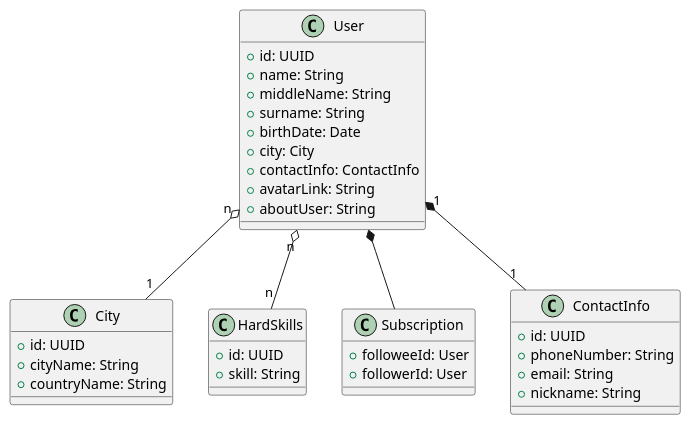
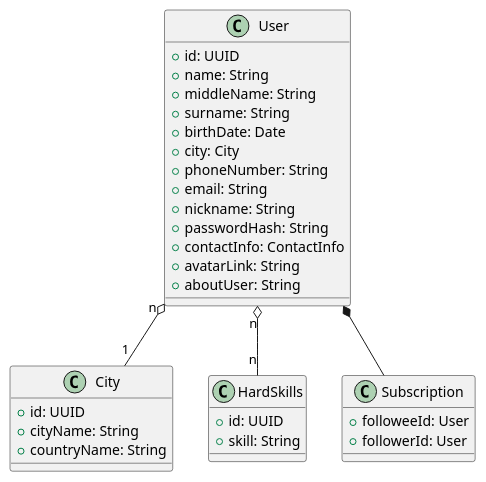
Before and after one commit to soffsem/microservices: the diagram in domainModel/DomainModel.plantuml, drawn with PlantUML. The commit also changed 1 other file, not shown here.

```diff
--- a/domainModel/DomainModel.plantuml
+++ b/domainModel/DomainModel.plantuml
@@ -1,41 +1,37 @@
 @startuml
 class User {
  +id: UUID
  +name: String
  +middleName: String
  +surname: String
  +birthDate: Date
  +city: City
+ +phoneNumber: String
+ +email: String
+ +nickname: String
+ +passwordHash: String
  +contactInfo: ContactInfo
  +avatarLink: String
  +aboutUser: String
 }
 
 class City {
  +id: UUID
  +cityName: String
  +countryName: String
 }
 
 class HardSkills {
  +id: UUID
  +skill: String
 }
 
 class Subscription {
  +followeeId: User
  +followerId: User
 }
 
-class ContactInfo {
- +id: UUID
- +phoneNumber: String
- +email: String
- +nickname: String
-}
-
 User *-- Subscription 
 User "n" o-- "1" City
-User "1" *-- "1" ContactInfo
 User "n" o-- "n" HardSkills
 @enduml
```
